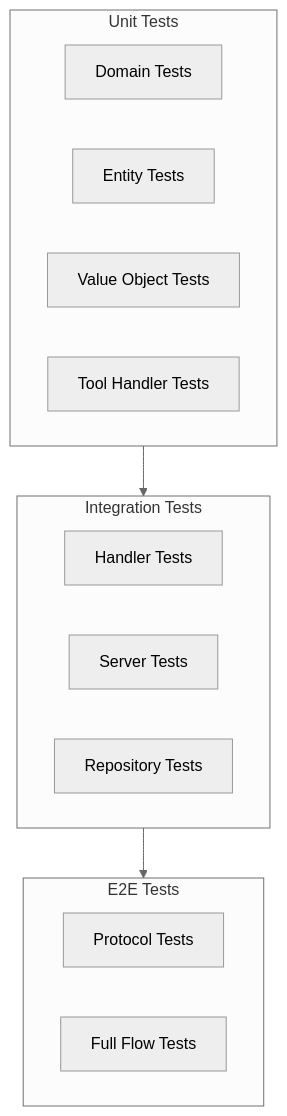
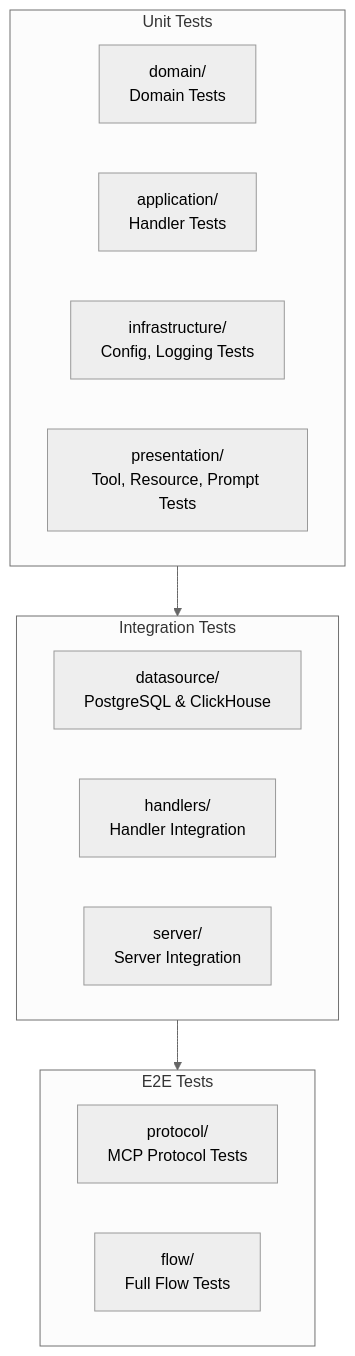
The tenth of 11 diagrams in docs/ARCHITECTURE.md (telemetryflow/telemetryflow-python-mcp), drawn with Mermaid (neutral theme) before and after one commit. The commit also changed other lines of this file and 89 other files, not shown here.

````diff
--- a/docs/ARCHITECTURE.md
+++ b/docs/ARCHITECTURE.md
@@ -317,22 +610,22 @@
 ```mermaid
 graph TB
     subgraph Unit["Unit Tests"]
-        Domain["Domain Tests"]
-        Entity["Entity Tests"]
-        ValueObject["Value Object Tests"]
-        Tool["Tool Handler Tests"]
+        Domain["domain/<br/>Domain Tests"]
+        Application["application/<br/>Handler Tests"]
+        Infra["infrastructure/<br/>Config, Logging Tests"]
+        Presentation["presentation/<br/>Tool, Resource, Prompt Tests"]
     end
 
     subgraph Integration["Integration Tests"]
-        Handler["Handler Tests"]
-        Server["Server Tests"]
-        Repository["Repository Tests"]
+        Datasource["datasource/<br/>PostgreSQL & ClickHouse"]
+        Handlers["handlers/<br/>Handler Integration"]
+        Server["server/<br/>Server Integration"]
     end
 
     subgraph E2E["E2E Tests"]
-        Protocol["Protocol Tests"]
-        Flow["Full Flow Tests"]
+        Protocol["protocol/<br/>MCP Protocol Tests"]
+        Flow["flow/<br/>Full Flow Tests"]
     end
 
     Unit --> Integration --> E2E
 ```
````
